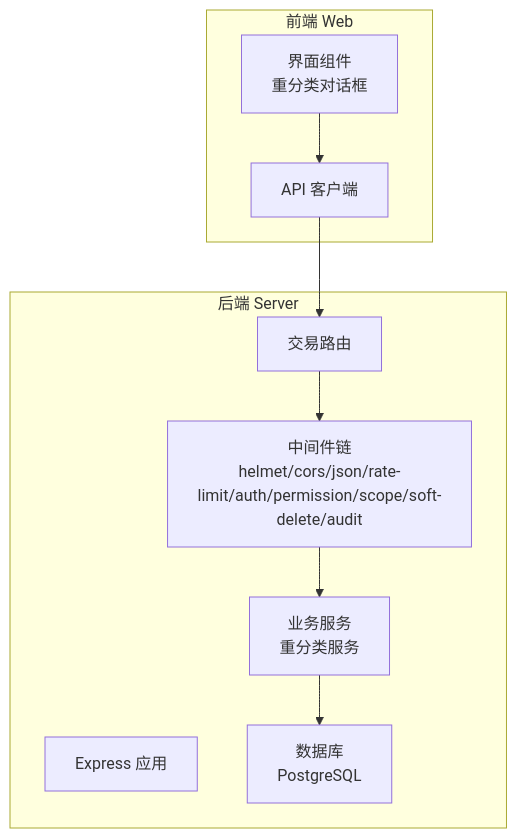
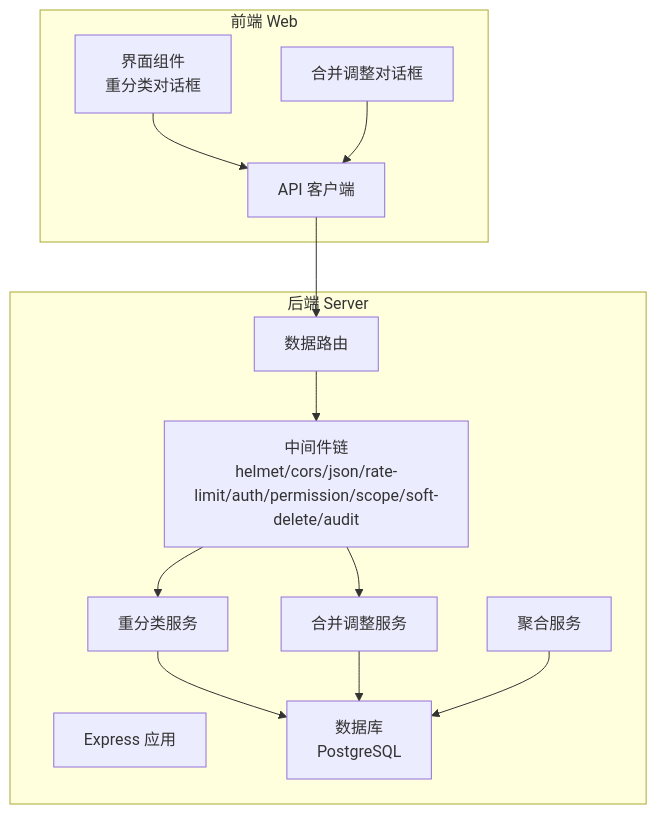
Before and after one commit to Damao997/newproject: the first of 11 diagrams in .qoder/repowiki/zh/content/核心模块/重分类系统.md, drawn with Mermaid. The commit also changed other lines of this file and 27 other files, not shown here.

````diff
--- a/.qoder/repowiki/zh/content/核心模块/重分类系统.md
+++ b/.qoder/repowiki/zh/content/核心模块/重分类系统.md
@@ -52,19 +59,26 @@
 ```mermaid
 graph TB
 subgraph "前端 Web"
 UI["界面组件<br/>重分类对话框"]
+CAUI["合并调整对话框"]
 API["API 客户端"]
 end
 subgraph "后端 Server"
 APP["Express 应用"]
-ROUTE["交易路由"]
+ROUTE["数据路由"]
 MW["中间件链<br/>helmet/cors/json/rate-limit/auth/permission/scope/soft-delete/audit"]
-SVC["业务服务<br/>重分类服务"]
+RSVC["重分类服务"]
+CSVC["合并调整服务"]
+AGG["聚合服务"]
 DB["数据库<br/>PostgreSQL"]
 end
 UI --> API
+CAUI --> API
 API --> ROUTE
 ROUTE --> MW
-MW --> SVC
-SVC --> DB
+MW --> RSVC
+MW --> CSVC
+RSVC --> DB
+CSVC --> DB
+AGG --> DB
 ```
````
